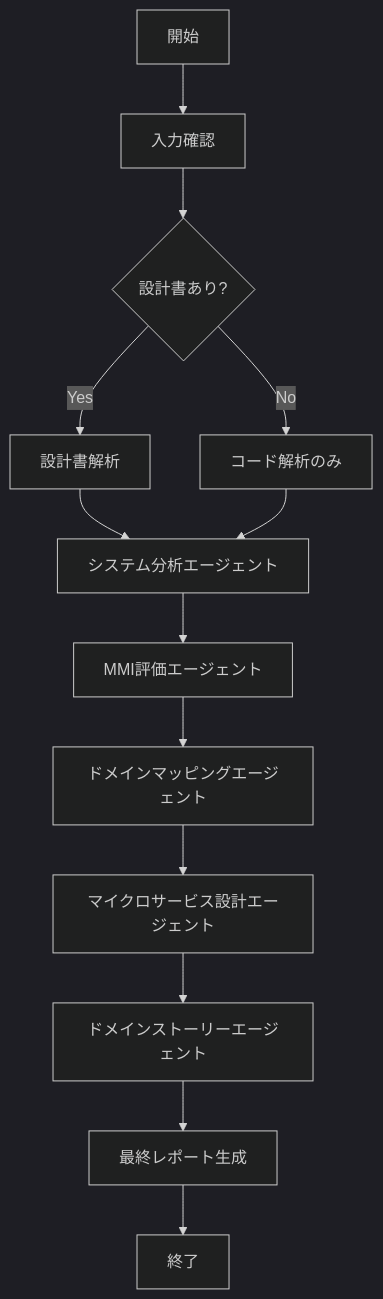
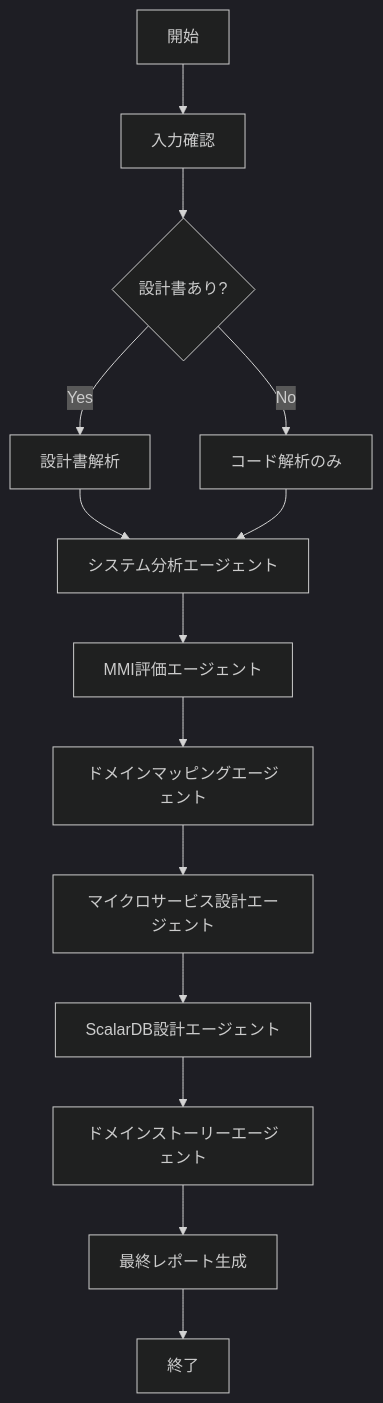
The diagram in .claude/commands/refactor-system-cmd.md (wfukatsu/rearchitect-agent), drawn with Mermaid (dark theme) before and after one commit. The commit also changed other lines of this file and 13 other files, not shown here.

Commit message:
Add GraphDB support: Add build-graph, design-scalardb, and query-graph commands

````diff
--- a/.claude/commands/refactor-system-cmd.md
+++ b/.claude/commands/refactor-system-cmd.md
@@ -59,15 +64,16 @@
 ```mermaid
 graph TD
     A[開始] --> B[入力確認]
     B --> C{設計書あり?}
     C -->|Yes| D[設計書解析]
     C -->|No| E[コード解析のみ]
     D --> F[システム分析エージェント]
     E --> F
     F --> G[MMI評価エージェント]
     G --> H[ドメインマッピングエージェント]
     H --> I[マイクロサービス設計エージェント]
-    I --> J[ドメインストーリーエージェント]
-    J --> K[最終レポート生成]
-    K --> L[終了]
+    I --> J[ScalarDB設計エージェント]
+    J --> K[ドメインストーリーエージェント]
+    K --> L[最終レポート生成]
+    L --> M[終了]
 ```
````
